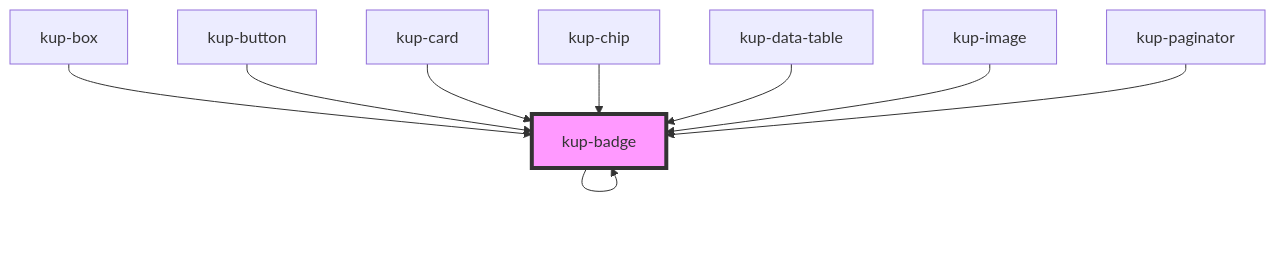
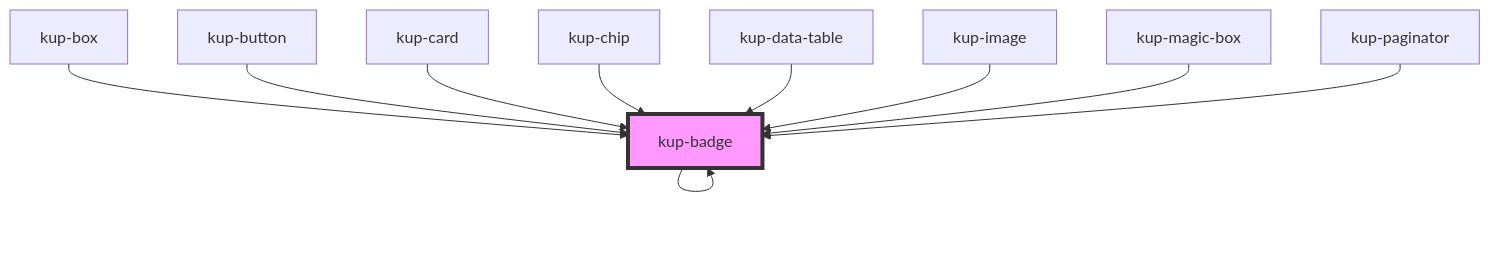
The diagram in packages/ketchup/src/components/kup-badge/readme.md (smeup/ketchup), drawn with Mermaid before and after one commit. The commit also changed other lines of this file and 7 other files, not shown here.

````diff
--- a/packages/ketchup/src/components/kup-badge/readme.md
+++ b/packages/ketchup/src/components/kup-badge/readme.md
@@ -63,12 +64,13 @@
 ```mermaid
 graph TD;
   kup-badge --> kup-badge
   kup-box --> kup-badge
   kup-button --> kup-badge
   kup-card --> kup-badge
   kup-chip --> kup-badge
   kup-data-table --> kup-badge
   kup-image --> kup-badge
+  kup-magic-box --> kup-badge
   kup-paginator --> kup-badge
   style kup-badge fill:#f9f,stroke:#333,stroke-width:4px
 ```
````
